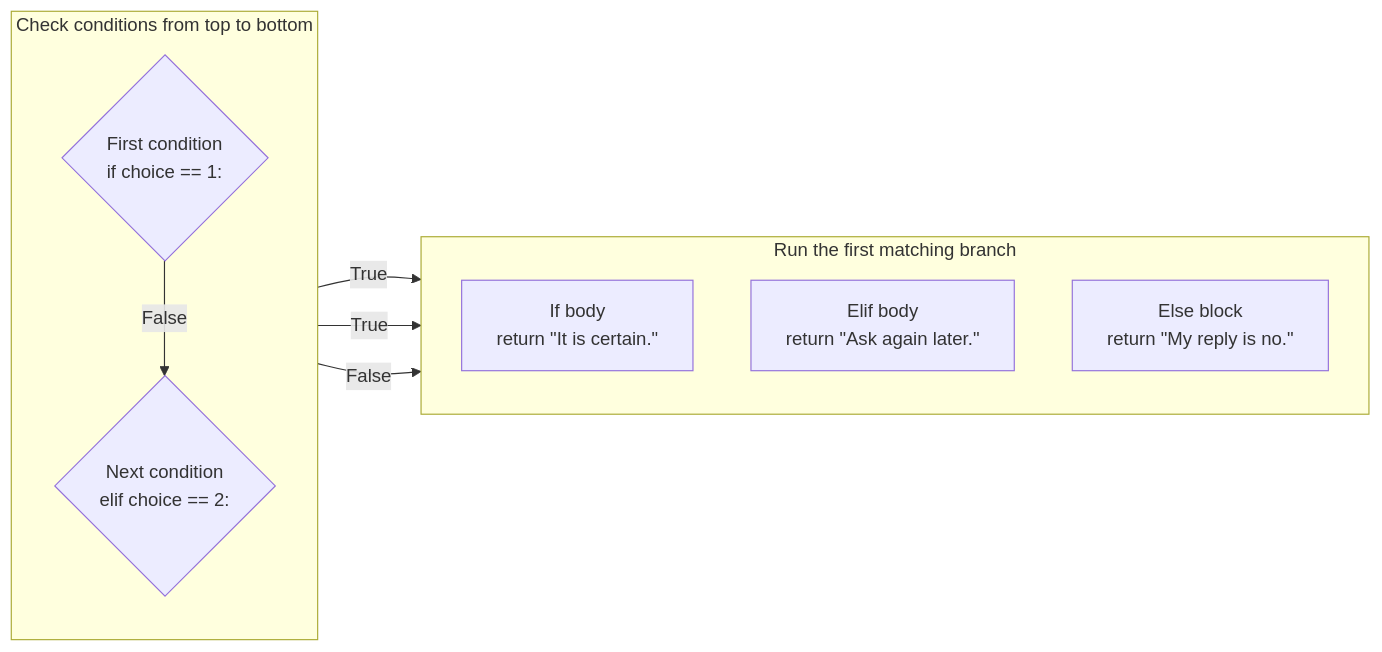
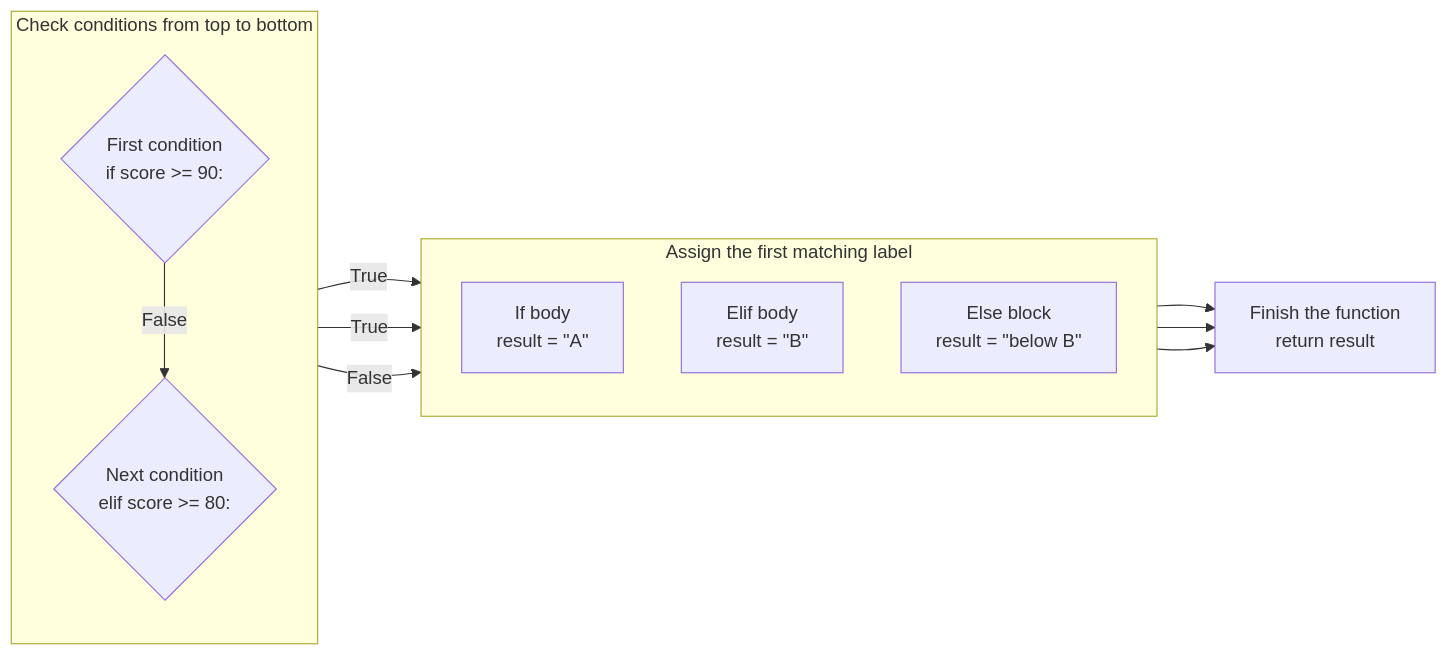
The fourth of 4 diagrams in docs/control_flow/if_statements.md (comp110/comp110-book), drawn with Mermaid before and after one commit. The commit also changed other lines of this file and 4 other files, not shown here.

````diff
--- a/docs/control_flow/if_statements.md
+++ b/docs/control_flow/if_statements.md
@@ -182,18 +179,21 @@
 ```mermaid
 flowchart LR
     subgraph Tests["Check conditions from top to bottom"]
         direction TB
-        IfTest{"First condition<br/>if choice == 1:"}
-        ElifTest{"Next condition<br/>elif choice == 2:"}
+        IfTest{"First condition<br/>if score >= 90:"}
+        ElifTest{"Next condition<br/>elif score >= 80:"}
         IfTest -->|False| ElifTest
     end
-    subgraph Replies["Run the first matching branch"]
+    subgraph Labels["Assign the first matching label"]
         direction TB
-        IfBody["If body<br/>return &quot;It is certain.&quot;"]
-        ElifBody["Elif body<br/>return &quot;Ask again later.&quot;"]
-        ElseBody["Else block<br/>return &quot;My reply is no.&quot;"]
+        A["If body<br/>result = &quot;A&quot;"]
+        B["Elif body<br/>result = &quot;B&quot;"]
+        Below["Else block<br/>result = &quot;below B&quot;"]
     end
-    IfTest -->|True| IfBody
-    ElifTest -->|True| ElifBody
-    ElifTest -->|False| ElseBody
+    IfTest -->|True| A
+    ElifTest -->|True| B
+    ElifTest -->|False| Below
+    A --> Continue["Finish the function<br/>return result"]
+    B --> Continue
+    Below --> Continue
 ```
````
